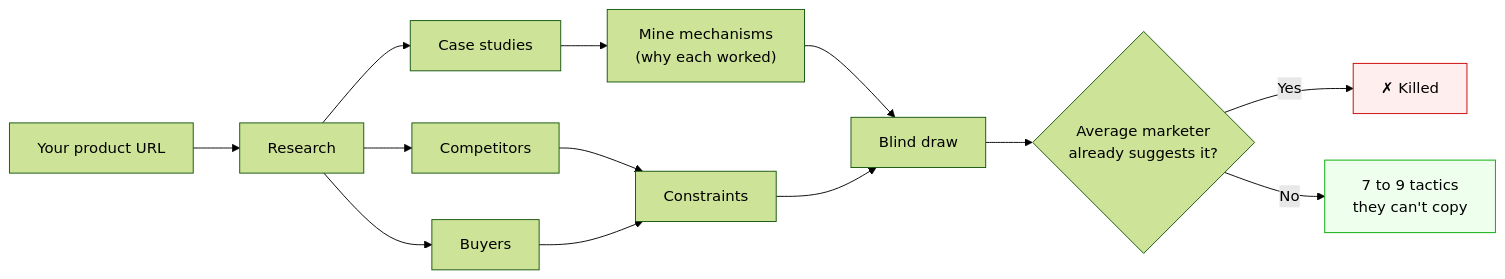
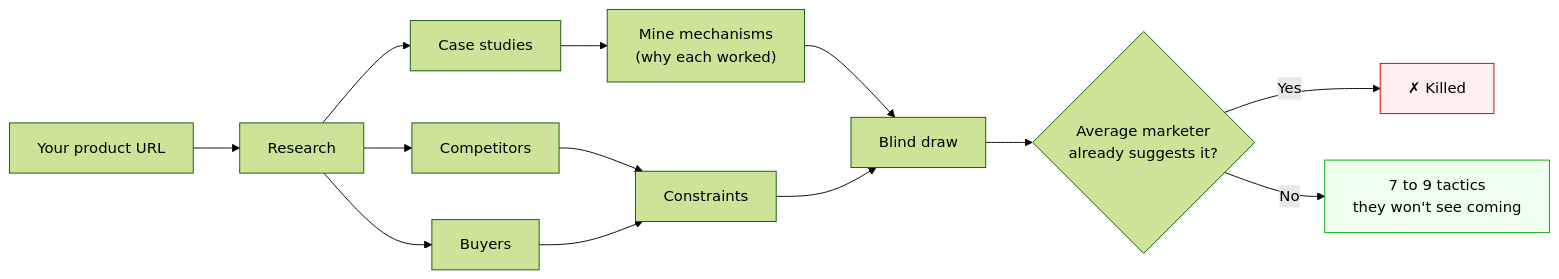
One commit to acogood/diffmode_free changed the diagram in README.md. Above: the diagram before and after it, drawn with Mermaid (forest theme). The commit also changed other lines of this file and 3 other files, not shown here.

First line of the commit message:
docs: lead tactic-card framing with novelty ('why they won't see it coming')

````diff
--- a/README.md
+++ b/README.md
@@ -9,18 +9,18 @@
 ```mermaid
 graph LR
     A["Your product URL"] --> R["Research"]
     R --> COMP["Competitors"]
     R --> BUY["Buyers"]
     R --> CASE["Case studies"]
     CASE --> MINE["Mine mechanisms<br/>(why each worked)"]
     COMP --> CONS["Constraints"]
     BUY --> CONS
     MINE --> DRAW["Blind draw"]
     CONS --> DRAW
     DRAW --> GATE{"Average marketer<br/>already suggests it?"}
     GATE -- "Yes" --> KILL["✗ Killed"]
-    GATE -- "No" --> OUT["7 to 9 tactics<br/>they can't copy"]
+    GATE -- "No" --> OUT["7 to 9 tactics<br/>they won't see coming"]
 
     style KILL fill:#fee,stroke:#c00
     style OUT fill:#efe,stroke:#0a0
 ```
````
